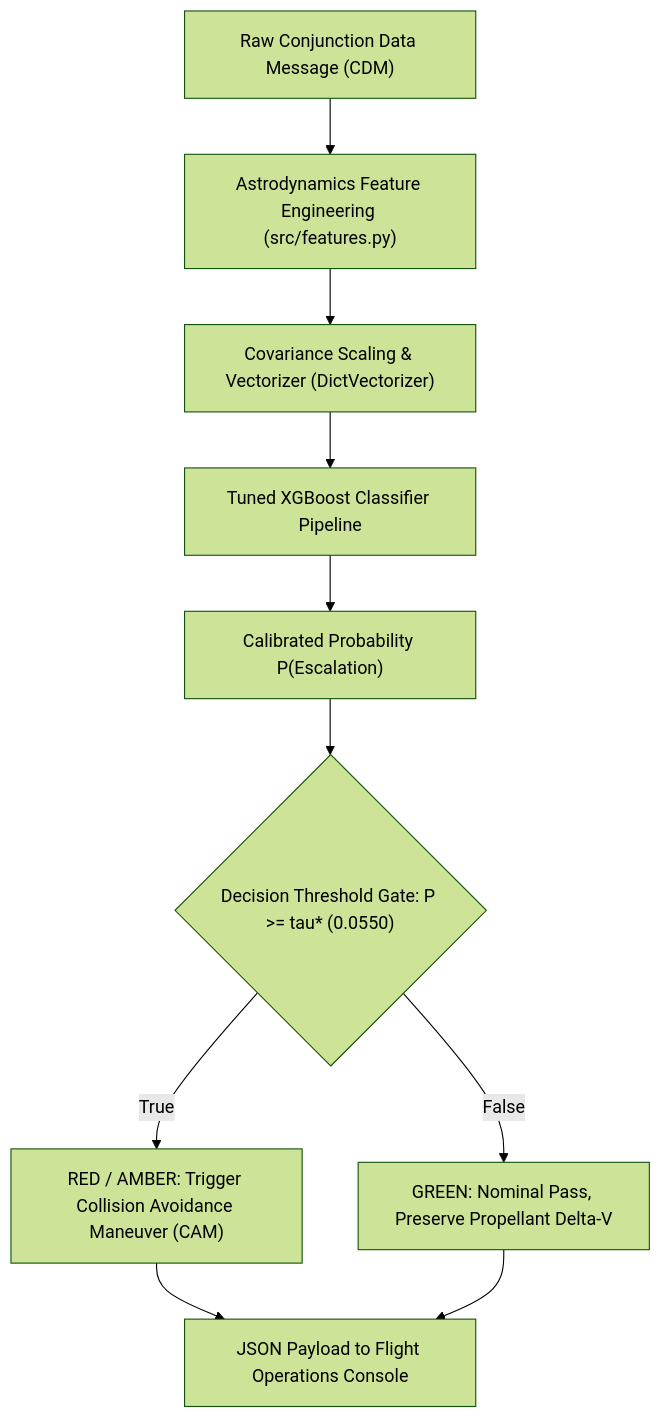
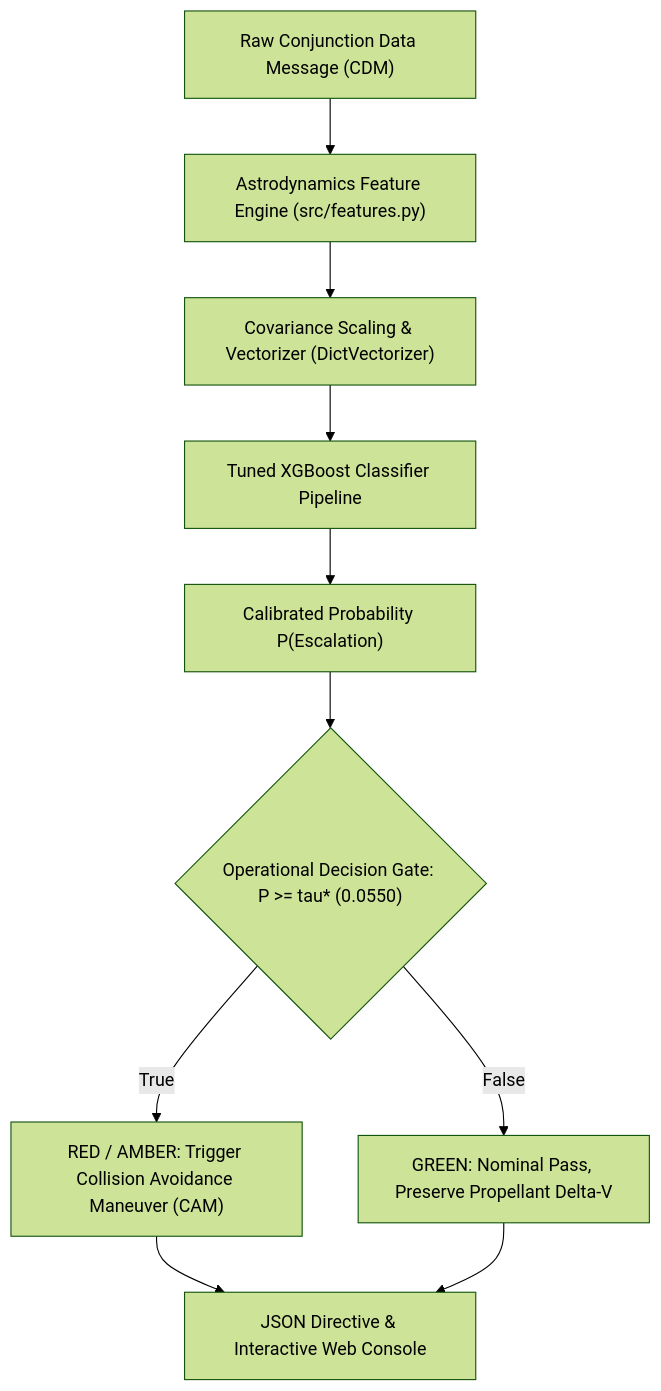
One commit to cssaritama/kessler-sentinel changed the diagram in README.md. Above: the diagram before and after it, drawn with Mermaid (forest theme). The commit also changed other lines of this file and 7 other files, not shown here.

Commit message:
refactor(presentation): editorial figures, web console, and portfolio-grade prose

````diff
--- a/README.md
+++ b/README.md
@@ -92,12 +93,12 @@
 ```mermaid
 flowchart TD
-    A["Raw Conjunction Data Message (CDM)"] --> B["Astrodynamics Feature Engineering (src/features.py)"]
+    A["Raw Conjunction Data Message (CDM)"] --> B["Astrodynamics Feature Engine (src/features.py)"]
     B --> C["Covariance Scaling & Vectorizer (DictVectorizer)"]
     C --> D["Tuned XGBoost Classifier Pipeline"]
     D --> E["Calibrated Probability P(Escalation)"]
-    E --> F{"Decision Threshold Gate: P >= tau* (0.0550)"}
+    E --> F{"Operational Decision Gate: P >= tau* (0.0550)"}
     F -->|True| G["RED / AMBER: Trigger Collision Avoidance Maneuver (CAM)"]
     F -->|False| H["GREEN: Nominal Pass, Preserve Propellant Delta-V"]
-    G --> I["JSON Payload to Flight Operations Console"]
+    G --> I["JSON Directive & Interactive Web Console"]
     H --> I
 ```
````
